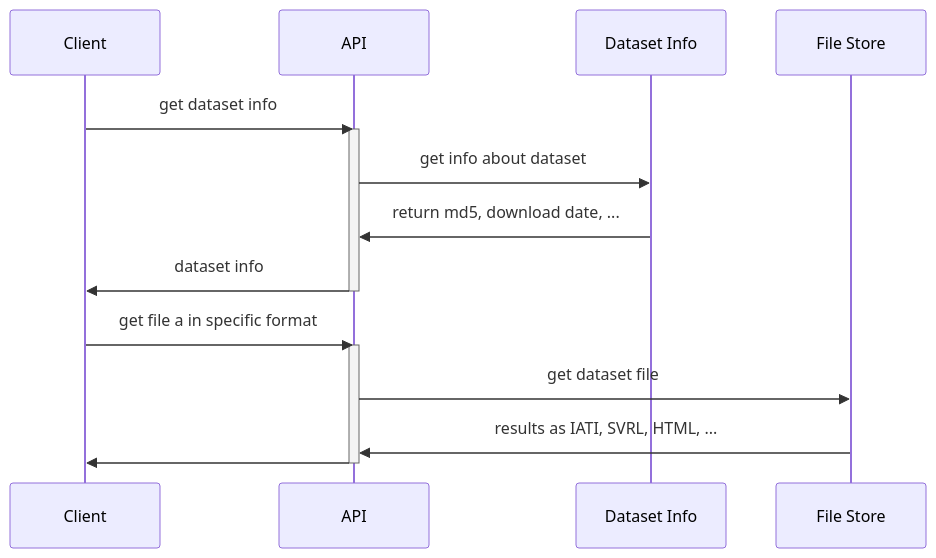
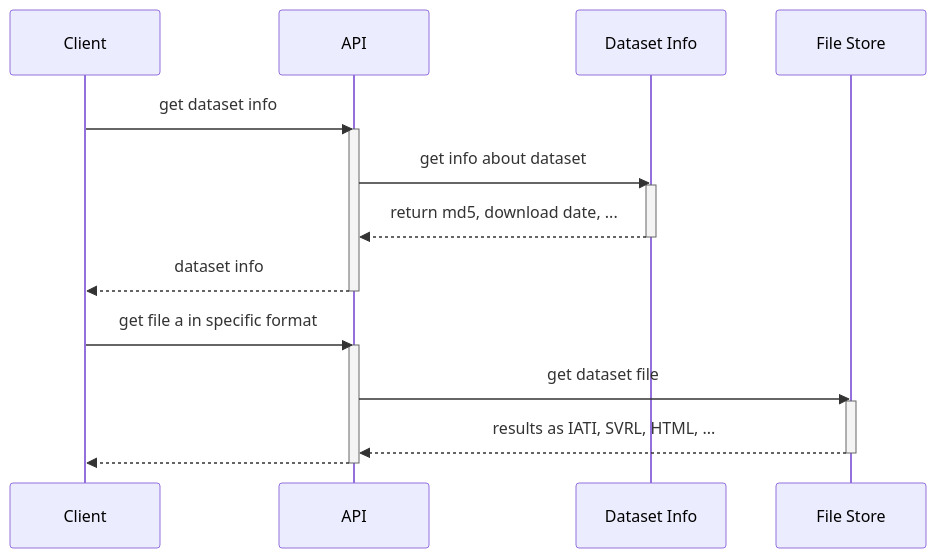
The first of 3 diagrams in docs/index.md (data4development/dataworkbench-api), drawn with Mermaid before and after one commit. The commit also changed other lines of this file, not shown here.

First line of the commit message:
Update docs for public API

````diff
--- a/docs/index.md
+++ b/docs/index.md
@@ -21,24 +21,28 @@
 ```mermaid
 sequenceDiagram
 participant C as Client
 participant API
 participant DS as Dataset Info
 participant FS as File Store
 
 C->>API: get dataset info
 activate API
 
 API->>DS: get info about dataset
-DS->>API: return md5, download date, ...
+activate DS
+DS-->>API: return md5, download date, ...
+deactivate DS
 
-API->>C: dataset info
+API-->>C: dataset info
 deactivate API
 
 C->>API: get file a in specific format
 activate API
 API->>FS: get dataset file
-FS->>API: results as IATI, SVRL, HTML, ...
+activate FS
+FS-->>API: results as IATI, SVRL, HTML, ...
+deactivate FS
 
-API->>C: 
+API-->>C: 
 deactivate API
 ```
````
